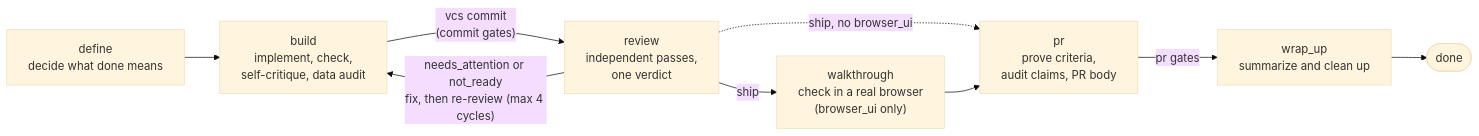
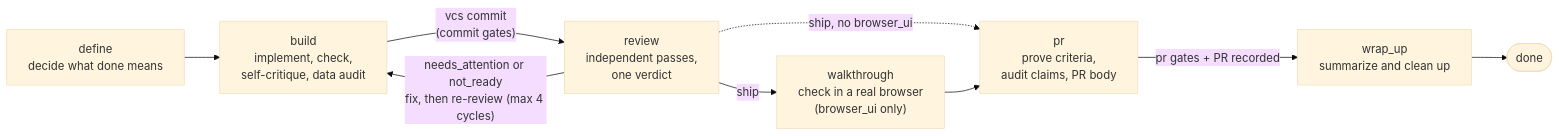
Before and after one commit to jakewanders/ai-coding-harness: the diagram in README.md, drawn with Mermaid (base theme). The commit also changed other lines of this file and 8 other files, not shown here.

First line of the commit message:
fix(gates): enforce pr_recorded when entering wrap_up; accept a waiver

````diff
--- a/README.md
+++ b/README.md
@@ -94,18 +94,18 @@
 ```mermaid
 flowchart LR
     define["define<br/>decide what done means"]
     build["build<br/>implement, check,<br/>self-critique, data audit"]
     review["review<br/>independent passes,<br/>one verdict"]
     walkthrough["walkthrough<br/>check in a real browser<br/>(browser_ui only)"]
     pr["pr<br/>prove criteria,<br/>audit claims, PR body"]
     wrap_up["wrap_up<br/>summarize and clean up"]
 
     define --> build
     build -- "vcs commit<br/>(commit gates)" --> review
     review -- "ship" --> walkthrough
     review -. "ship, no browser_ui" .-> pr
     walkthrough --> pr
     review -- "needs_attention or not_ready<br/>fix, then re-review (max 4 cycles)" --> build
-    pr -- "pr gates" --> wrap_up
+    pr -- "pr gates + PR recorded" --> wrap_up
     wrap_up --> done(["done"])
 ```
````
